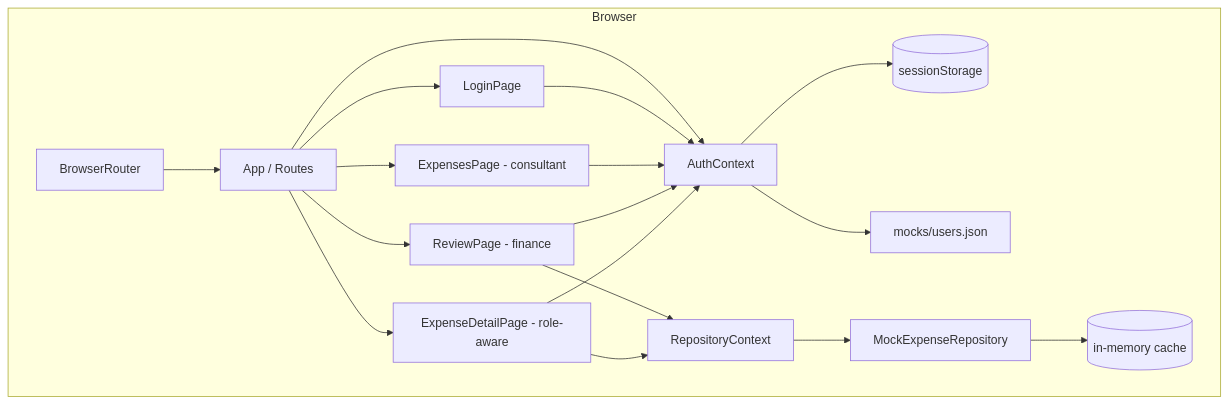
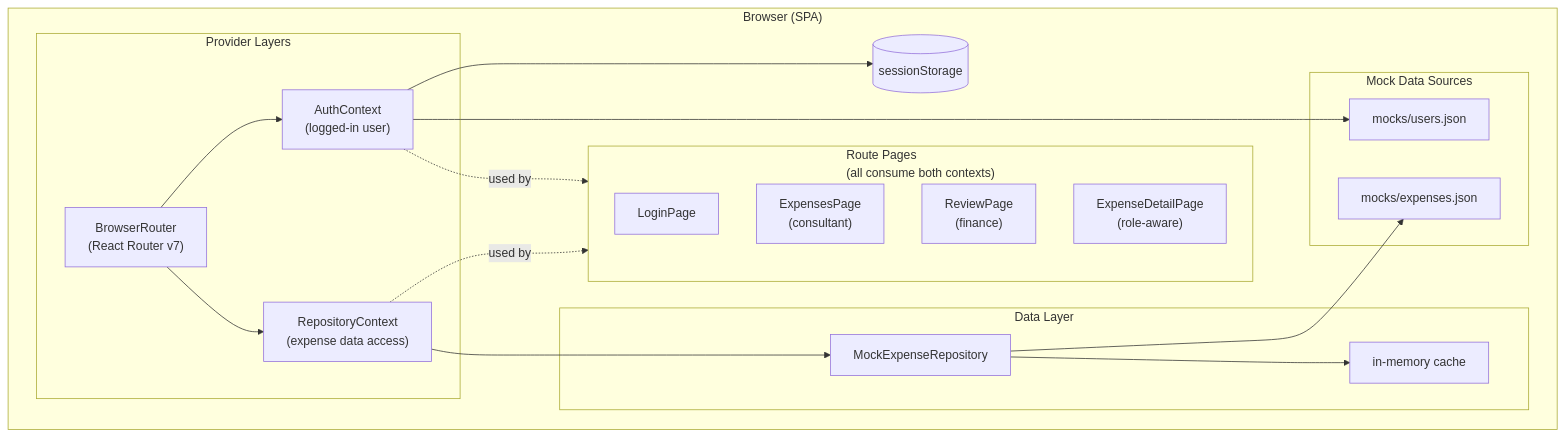
Before and after one commit to LewisHarvey-Netco/netco-expense: the diagram in docs/architecture.md, drawn with Mermaid. The commit also changed other lines of this file and 7 other files, not shown here.

Commit message:
clean up diagram

````diff
--- a/docs/architecture.md
+++ b/docs/architecture.md
@@ -14,21 +14,38 @@
 ```mermaid
 flowchart TD
-    subgraph Browser
-        BrowserRouter --> AppRoutes[App / Routes]
-        AppRoutes --> AuthContext
-        AuthContext --> SessionStorage[(sessionStorage)]
-        AuthContext --> UsersMock[mocks/users.json]
-        AppRoutes --> LoginPage
-        AppRoutes --> ExpensesPage[ExpensesPage - consultant]
-        AppRoutes --> ReviewPage[ReviewPage - finance]
-        AppRoutes --> ExpenseDetailPage[ExpenseDetailPage - role-aware]
-        LoginPage --> AuthContext
-        ExpensesPage --> AuthContext
-        ReviewPage --> AuthContext
-        ExpenseDetailPage --> AuthContext
-        ReviewPage --> RepositoryContext
-        ExpenseDetailPage --> RepositoryContext
-        RepositoryContext --> MockExpenseRepository
-        MockExpenseRepository --> InMemoryCache[(in-memory cache)]
+    subgraph Browser ["Browser (SPA)"]
+        subgraph Providers ["Provider Layers"]
+            BrowserRouter["BrowserRouter<br/>(React Router v7)"]
+            AuthCtx["AuthContext<br/>(logged-in user)"]
+            RepoCtx["RepositoryContext<br/>(expense data access)"]
+        end
+        
+        subgraph Pages ["Route Pages<br/>(all consume both contexts)"]
+            LoginPage
+            ExpensesPage["ExpensesPage<br/>(consultant)"]
+            ReviewPage["ReviewPage<br/>(finance)"]
+            DetailPage["ExpenseDetailPage<br/>(role-aware)"]
+        end
+        
+        subgraph DataLayer ["Data Layer"]
+            MockRepo["MockExpenseRepository"]
+            Cache["in-memory cache"]
+        end
+        
+        subgraph MockData ["Mock Data Sources"]
+            UsersMock["mocks/users.json"]
+            ExpensesMock["mocks/expenses.json"]
+        end
+        
+        BrowserRouter --> AuthCtx
+        BrowserRouter --> RepoCtx
+        AuthCtx --> SessionStorage[(sessionStorage)]
+        AuthCtx --> UsersMock
+        RepoCtx --> MockRepo
+        MockRepo --> Cache
+        MockRepo --> ExpensesMock
+        
+        AuthCtx -.->|used by| Pages
+        RepoCtx -.->|used by| Pages
     end
 ```
````
